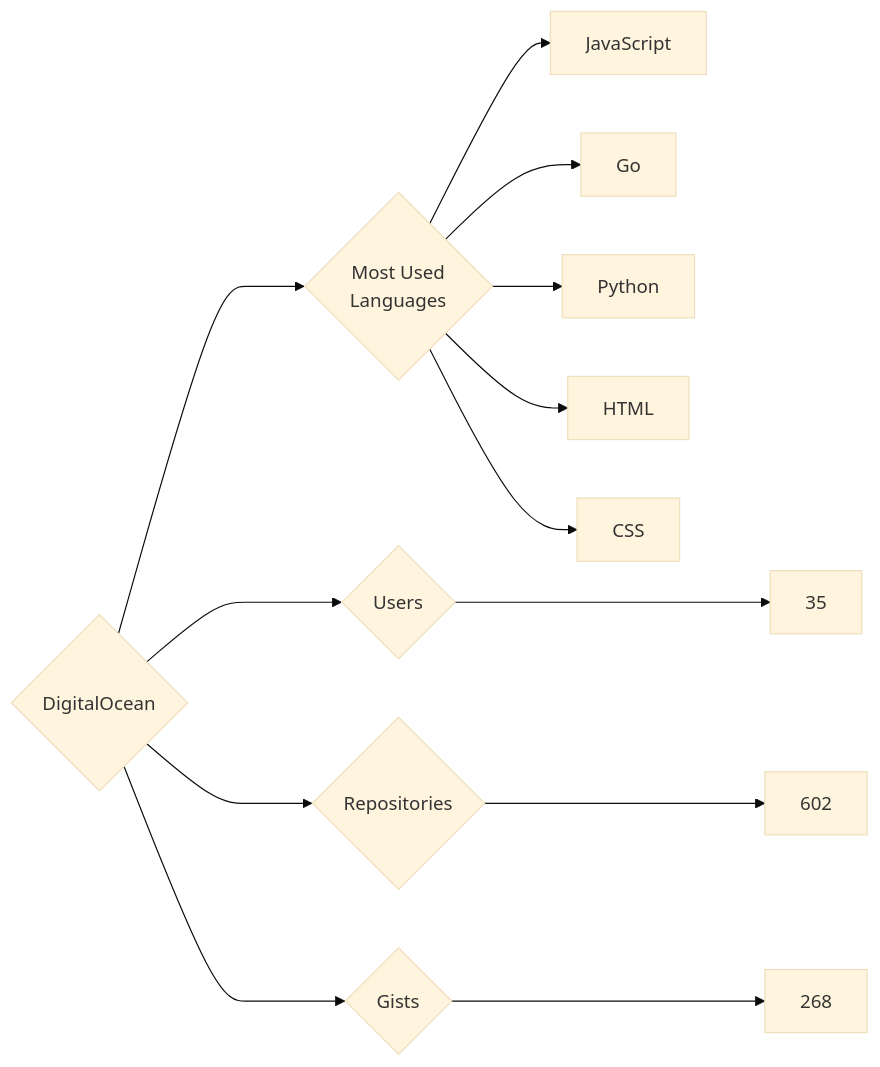
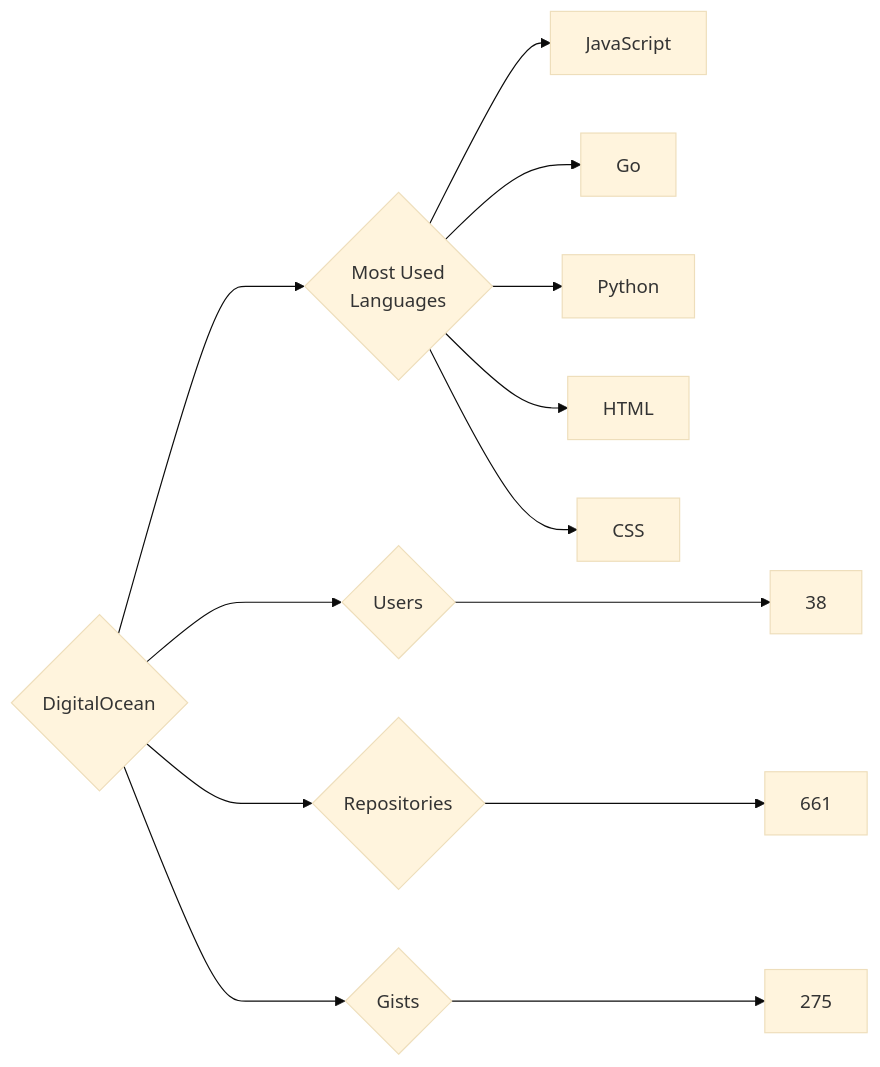
The diagram in targets/DigitalOcean/README.md (trickest/insiders), drawn with Mermaid (base theme) before and after one commit. The commit also changed 838 other files, not shown here.

````diff
--- a/targets/DigitalOcean/README.md
+++ b/targets/DigitalOcean/README.md
@@ -3,13 +3,13 @@
 ```mermaid
 graph LR
 COMPANY_NAME{DigitalOcean}
-COMPANY_NAME ---> U{Users} ---> UN[35]
-COMPANY_NAME ---> R{Repositories} ---> RN[602]
-COMPANY_NAME ---> G{Gists} ---> GN[268]
+COMPANY_NAME ---> U{Users} ---> UN[38]
+COMPANY_NAME ---> R{Repositories} ---> RN[661]
+COMPANY_NAME ---> G{Gists} ---> GN[275]
 COMPANY_NAME ---> ML{Most Used<br>Languages}
 ML --> JavaScript[JavaScript]
 ML --> Go[Go]
 ML --> Python[Python]
 ML --> HTML[HTML]
 ML --> CSS[CSS]
 ```
````
